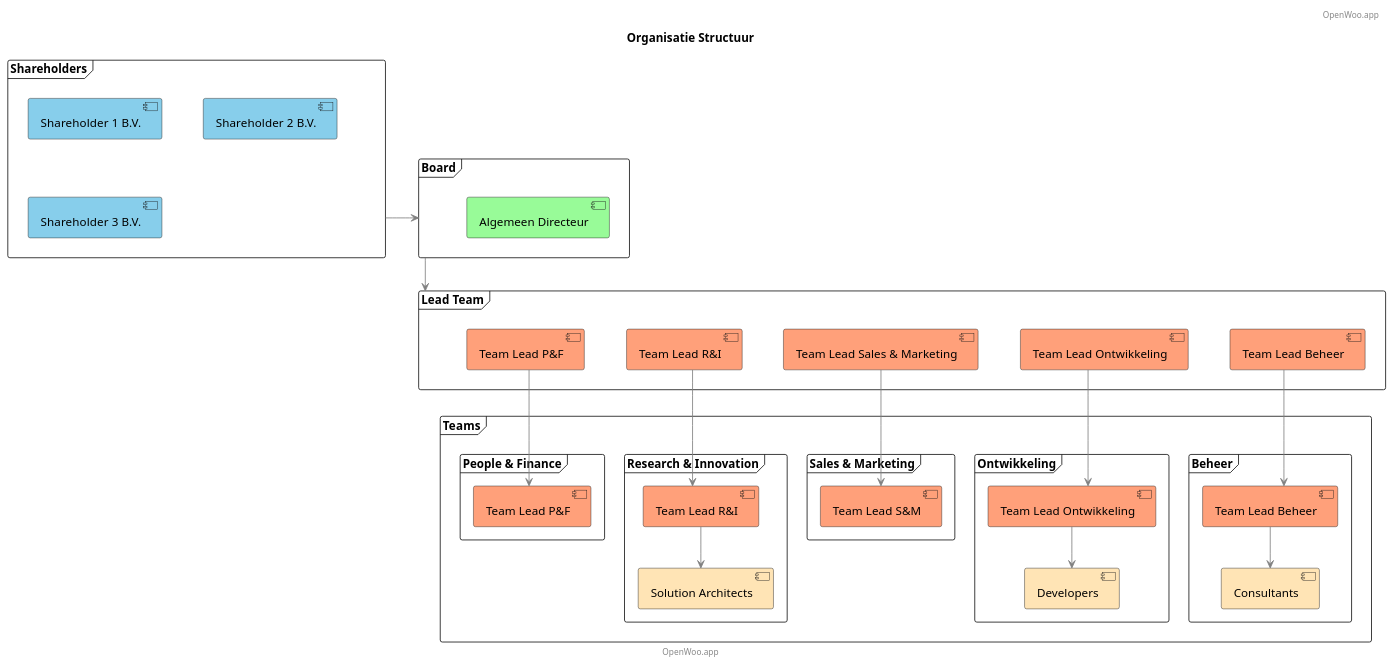
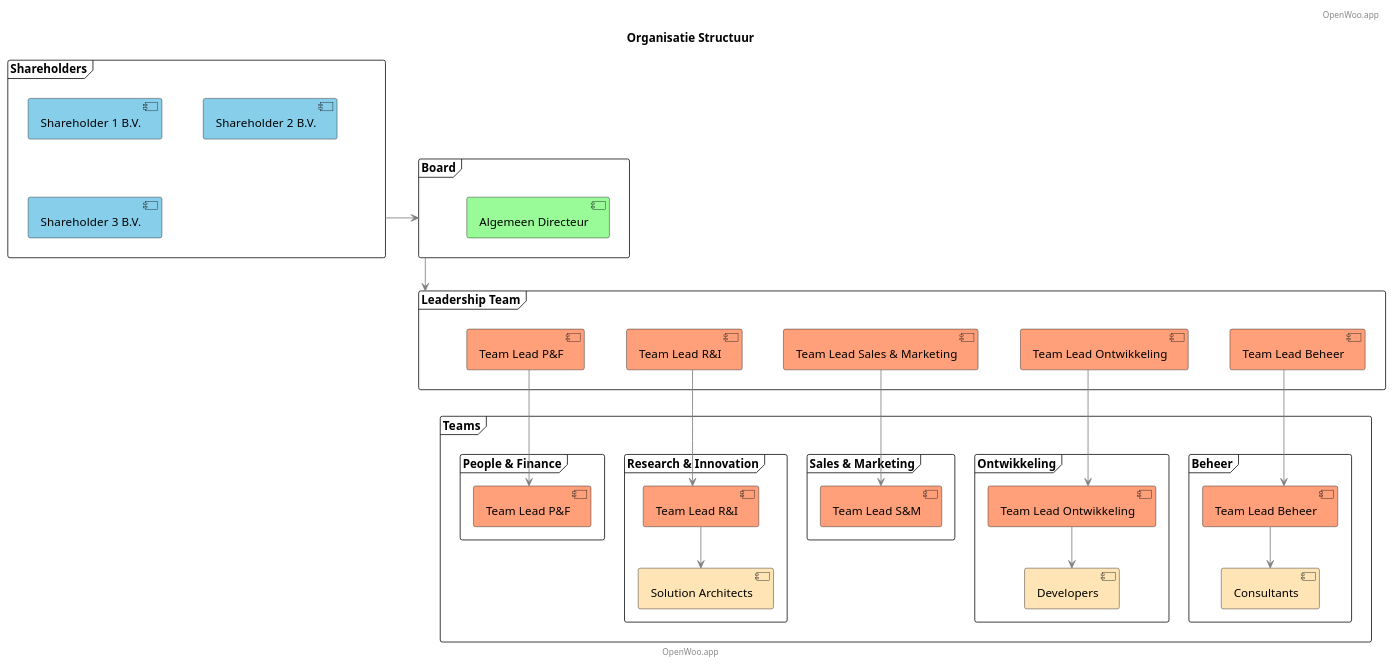
One commit to ConductionNL/conduction-website changed the diagram in docs/Diagrams/Organisation.puml. Above: the diagram before and after it, drawn with PlantUML. The commit also changed 1 other file, not shown here.

```diff
--- a/docs/Diagrams/Organisation.puml
+++ b/docs/Diagrams/Organisation.puml
@@ -1,79 +1,79 @@
 @startuml
 title Organisatie Structuur
 footer: OpenWoo.app
 header: OpenWoo.app
 
 skinparam defaultFontName Arial
 skinparam nodesep 50
 skinparam ranksep 50
 skinparam shadowing false
 skinparam linetype ortho
 
 ' Shareholders
 frame "Shareholders" {
     component "Shareholder 1 B.V." as SH1 #87CEEB
     component "Shareholder 2 B.V." as SH2 #87CEEB
     component "Shareholder 3 B.V." as SH3 #87CEEB
 }
 
 ' Board
 frame "Board" {
     component "Algemeen Directeur" as AD #98FB98
 }
 
 ' Lead Team frame
-frame "Lead Team" as LT {
+frame "Leadership Team" as LT {
     component "Team Lead Beheer" as TLB #FFA07A
     component "Team Lead Ontwikkeling" as TLO #FFA07A
     component "Team Lead Sales & Marketing" as TLS #FFA07A
     component "Team Lead R&I" as TLR #FFA07A
     component "Team Lead P&F" as TLP #FFA07A
 }
 
 ' Teams
 frame "Teams" {
     ' Beheer Team
     frame "Beheer" {
         component "Team Lead Beheer" as TLB2 #FFA07A
         component "Consultants" as CON #FFE4B5
     }
 
     ' Ontwikkeling Team
     frame "Ontwikkeling" {
         component "Team Lead Ontwikkeling" as TLO2 #FFA07A
         component "Developers" as DEV #FFE4B5
     }
 
     ' Sales & Marketing Team
     frame "Sales & Marketing" {
         component "Team Lead S&M" as TLS2 #FFA07A
     }
 
     ' Research & Innovation Team
     frame "Research & Innovation" {
         component "Team Lead R&I" as TLR2 #FFA07A
         component "Solution Architects" as SA #FFE4B5
     }
 
     ' People & Finance Team
     frame "People & Finance" {
         component "Team Lead P&F" as TLP2 #FFA07A
     }
 }
 
 ' Relationships
 Shareholders -[#gray]-> Board
 
 Board -[#gray]down-> LT
 
 TLB -[#gray]down-> TLB2
 TLO -[#gray]down-> TLO2
 TLS -[#gray]down-> TLS2
 TLR -[#gray]down-> TLR2
 TLP -[#gray]down-> TLP2
 
 TLB2 -[#gray]down-> CON
 TLO2 -[#gray]down-> DEV
 TLR2 -[#gray]down-> SA
 
 @enduml
```
